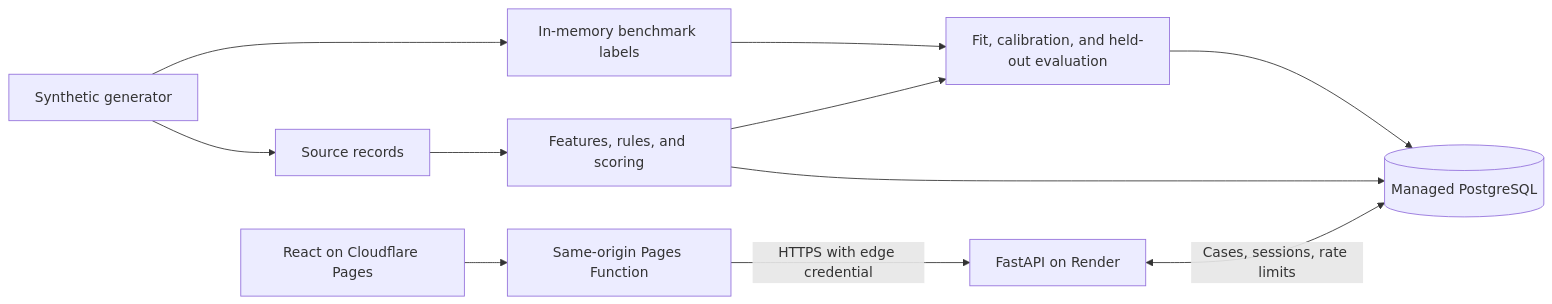
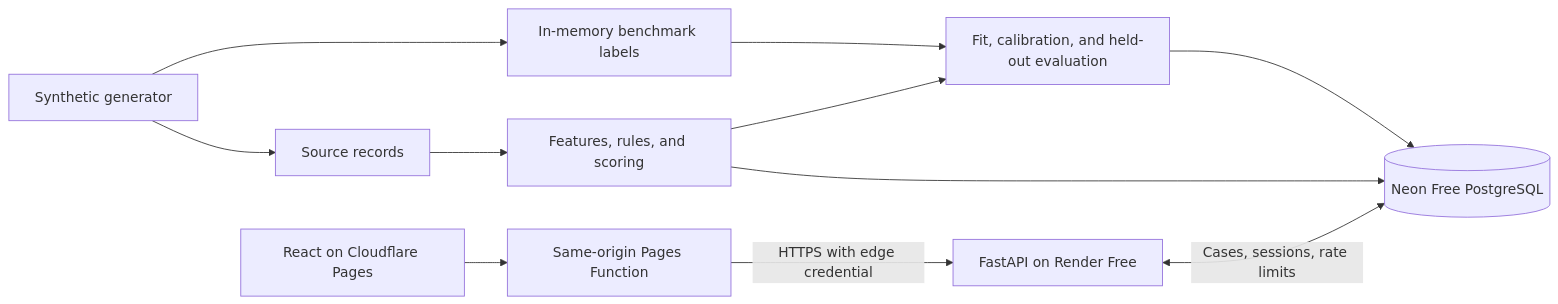
One commit to vtooooooo/retirement-trace changed the diagram in docs/system-architecture.md. Above: the diagram before and after it, drawn with Mermaid. The commit also changed other lines of this file and 15 other files, not shown here.

Commit message:
Move PensionTrace hosting to Render Free and Neon Free

````diff
--- a/docs/system-architecture.md
+++ b/docs/system-architecture.md
@@ -3,13 +3,13 @@
 ```mermaid
 flowchart LR
     G[Synthetic generator] --> S[Source records]
     G --> L[In-memory benchmark labels]
     S --> I[Features, rules, and scoring]
     L --> V[Fit, calibration, and held-out evaluation]
     I --> V
-    V --> D[(Managed PostgreSQL)]
+    V --> D[(Neon Free PostgreSQL)]
     I --> D
     W[React on Cloudflare Pages] --> F[Same-origin Pages Function]
-    F -->|HTTPS with edge credential| A[FastAPI on Render]
+    F -->|HTTPS with edge credential| A[FastAPI on Render Free]
     A <-->|Cases, sessions, rate limits| D
 ```
````
